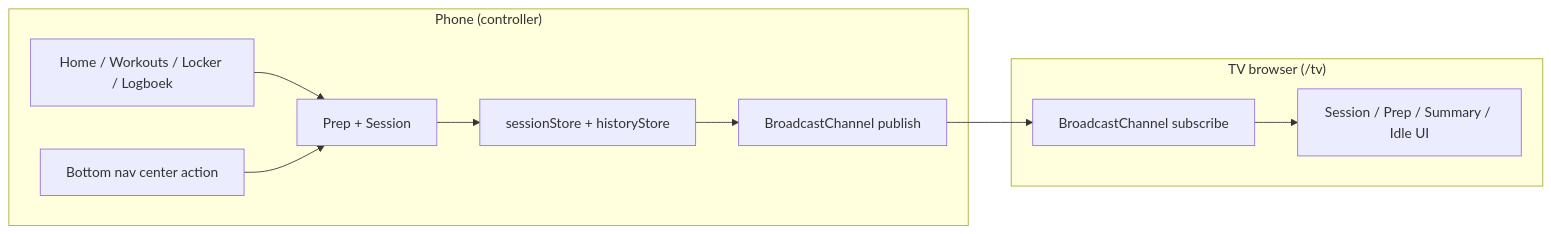
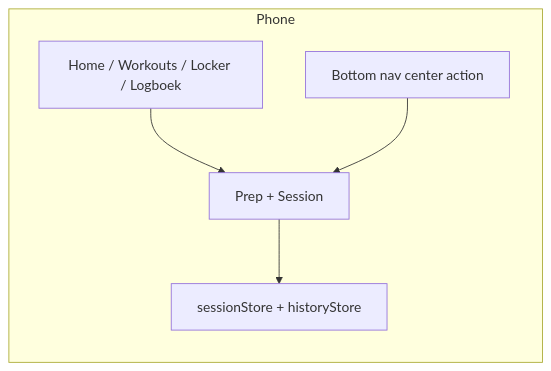
One commit to ingmarstruijs/solo changed the first of 4 diagrams in ARCHITECTURE.md. Above: the diagram before and after it, drawn with Mermaid. The commit also changed other lines of this file and 47 other files, not shown here.

````diff
--- a/ARCHITECTURE.md
+++ b/ARCHITECTURE.md
@@ -11,20 +13,12 @@
 ```mermaid
 graph LR
-  subgraph Phone["Phone (controller)"]
+  subgraph Phone["Phone"]
     A[Home / Workouts / Locker / Logboek]
     B[Prep + Session]
     C[sessionStore + historyStore]
-    D[BroadcastChannel publish]
     E[Bottom nav center action]
-  end
-  subgraph TV["TV browser (/tv)"]
-    F[BroadcastChannel subscribe]
-    G[Session / Prep / Summary / Idle UI]
   end
   A --> B
   B --> C
-  C --> D
-  D --> F
-  F --> G
   E --> B
 ```
````
